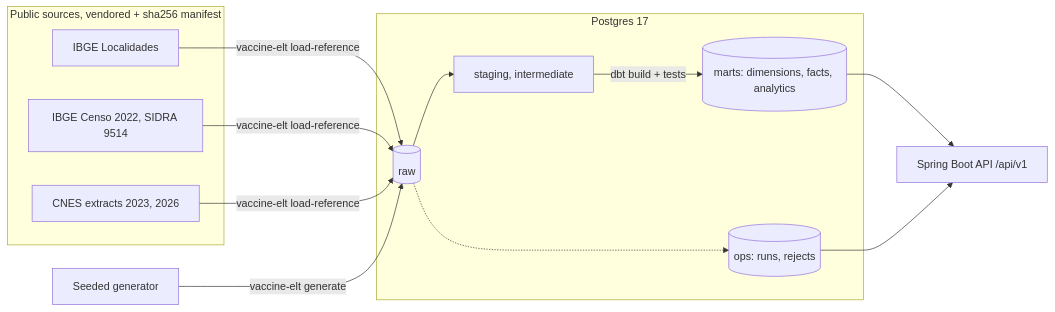
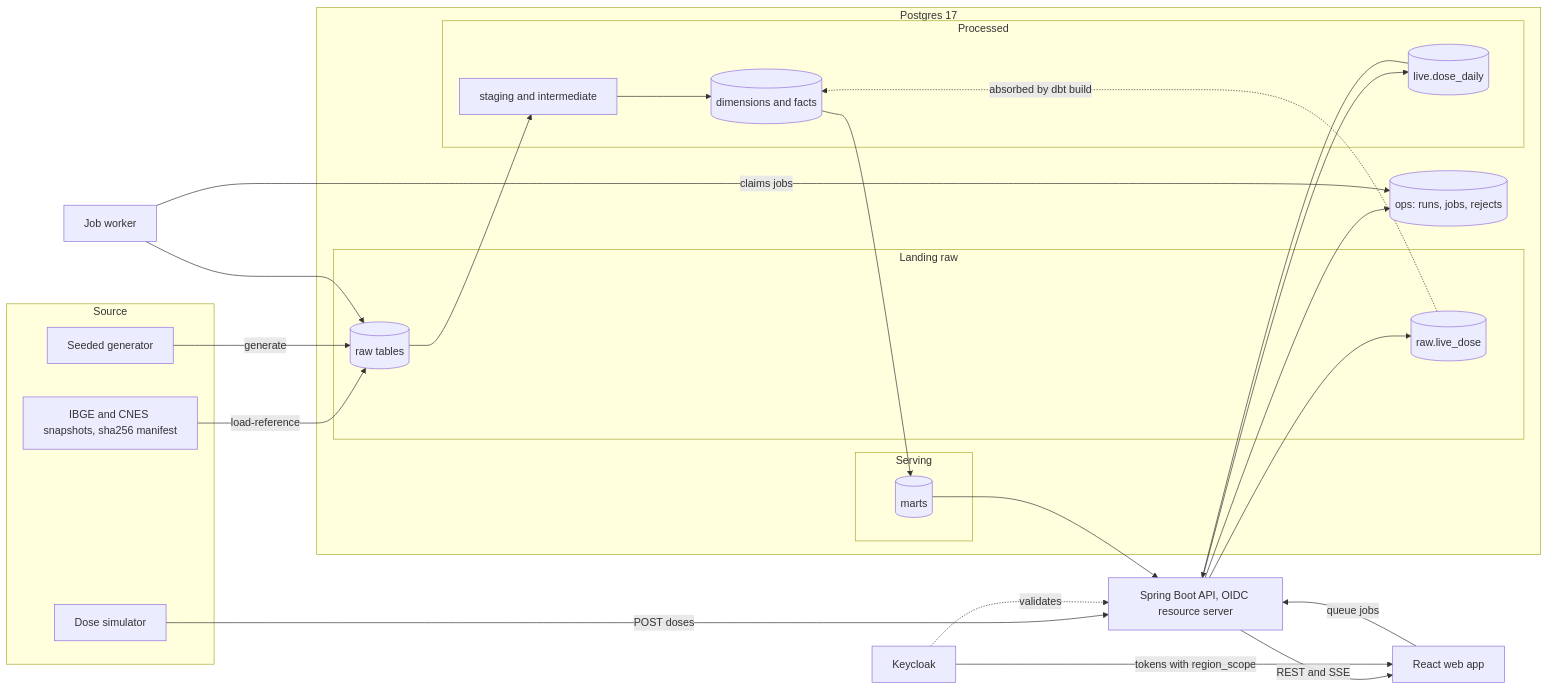
One commit to emanuel-luis/vaccine-backend changed the diagram in README.md. Above: the diagram before and after it, drawn with Mermaid. The commit also changed other lines of this file and 4 other files, not shown here.

````diff
--- a/README.md
+++ b/README.md
@@ -39,22 +25,43 @@
 ```mermaid
 flowchart LR
-  subgraph sources[Public sources, vendored + sha256 manifest]
-    IBGE[IBGE Localidades]
-    SIDRA[IBGE Censo 2022, SIDRA 9514]
-    CNES[CNES extracts 2023, 2026]
+  subgraph source[Source]
+    PUB[IBGE and CNES snapshots, sha256 manifest]
+    GEN[Seeded generator]
+    SIM[Dose simulator]
   end
-  GEN[Seeded generator]
   subgraph pg[Postgres 17]
-    RAW[(raw)]
-    OPS[(ops: runs, rejects)]
-    STG[staging, intermediate]
-    MARTS[(marts: dimensions, facts, analytics)]
+    subgraph landing[Landing raw]
+      RAW[(raw tables)]
+      LIVE[(raw.live_dose)]
+    end
+    subgraph processed[Processed]
+      STG[staging and intermediate]
+      FACTS[(dimensions and facts)]
+      AGG[(live.dose_daily)]
+    end
+    subgraph serving[Serving]
+      MARTS[(marts)]
+    end
+    OPS[(ops: runs, jobs, rejects)]
   end
-  API[Spring Boot API /api/v1]
-  IBGE & SIDRA & CNES -->|vaccine-elt load-reference| RAW
-  GEN -->|vaccine-elt generate| RAW
-  RAW --> STG -->|dbt build + tests| MARTS
-  RAW -.-> OPS
+  API[Spring Boot API, OIDC resource server]
+  KC[Keycloak]
+  WEB[React web app]
+  WORKER[Job worker]
+  PUB -->|load-reference| RAW
+  GEN -->|generate| RAW
+  SIM -->|POST doses| API
+  API --> LIVE
+  API --> AGG
+  RAW --> STG --> FACTS --> MARTS
+  LIVE -.absorbed by dbt build.-> FACTS
   MARTS --> API
-  OPS --> API
+  AGG --> API
+  API -->|REST and SSE| WEB
+  KC -->|tokens with region_scope| WEB
+  KC -.validates.-> API
+  WEB -->|queue jobs| API
+  API --> OPS
+  WORKER -->|claims jobs| OPS
+  WORKER --> RAW
 ```
````
